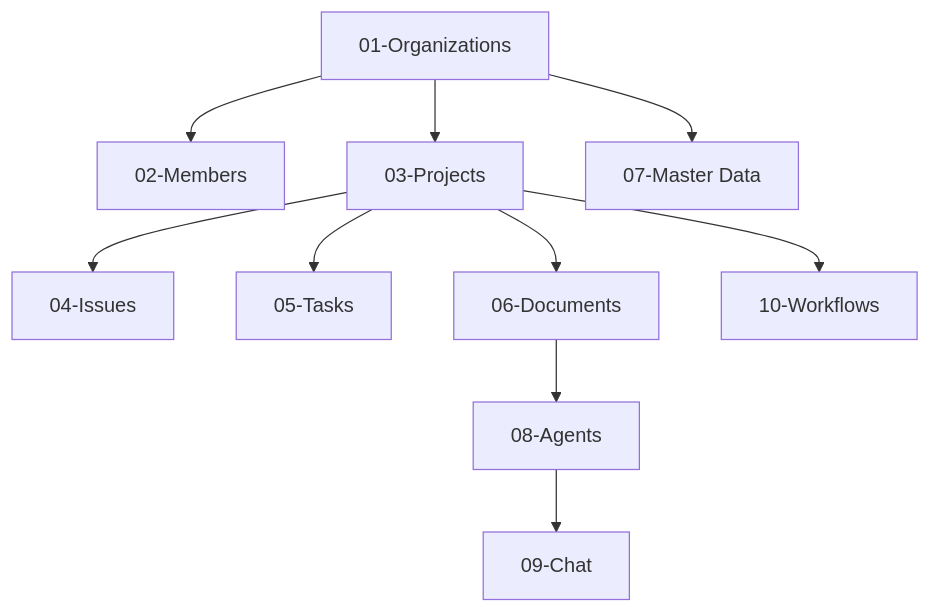
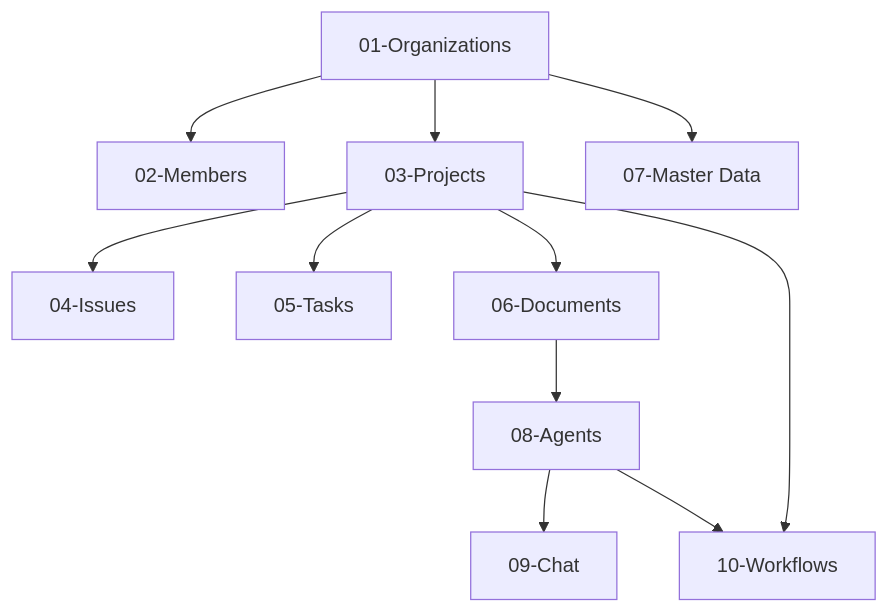
Before and after one commit to monbun0901/plan-for-workflowhub: the second of 2 diagrams in docs/details/backend/modules/README.md, drawn with Mermaid. The commit also changed other lines of this file and 7 other files, not shown here.

````diff
--- a/docs/details/backend/modules/README.md
+++ b/docs/details/backend/modules/README.md
@@ -41,12 +90,13 @@
 ```mermaid
 graph TD
     A[01-Organizations] --> B[02-Members]
     A --> C[03-Projects]
     C --> D[04-Issues]
     C --> E[05-Tasks]
     C --> F[06-Documents]
     A --> G[07-Master Data]
     F --> H[08-Agents]
     H --> I[09-Chat]
-    C --> J[10-Workflows]
+    H --> J[10-Workflows]
+    C --> J
 ```
````
